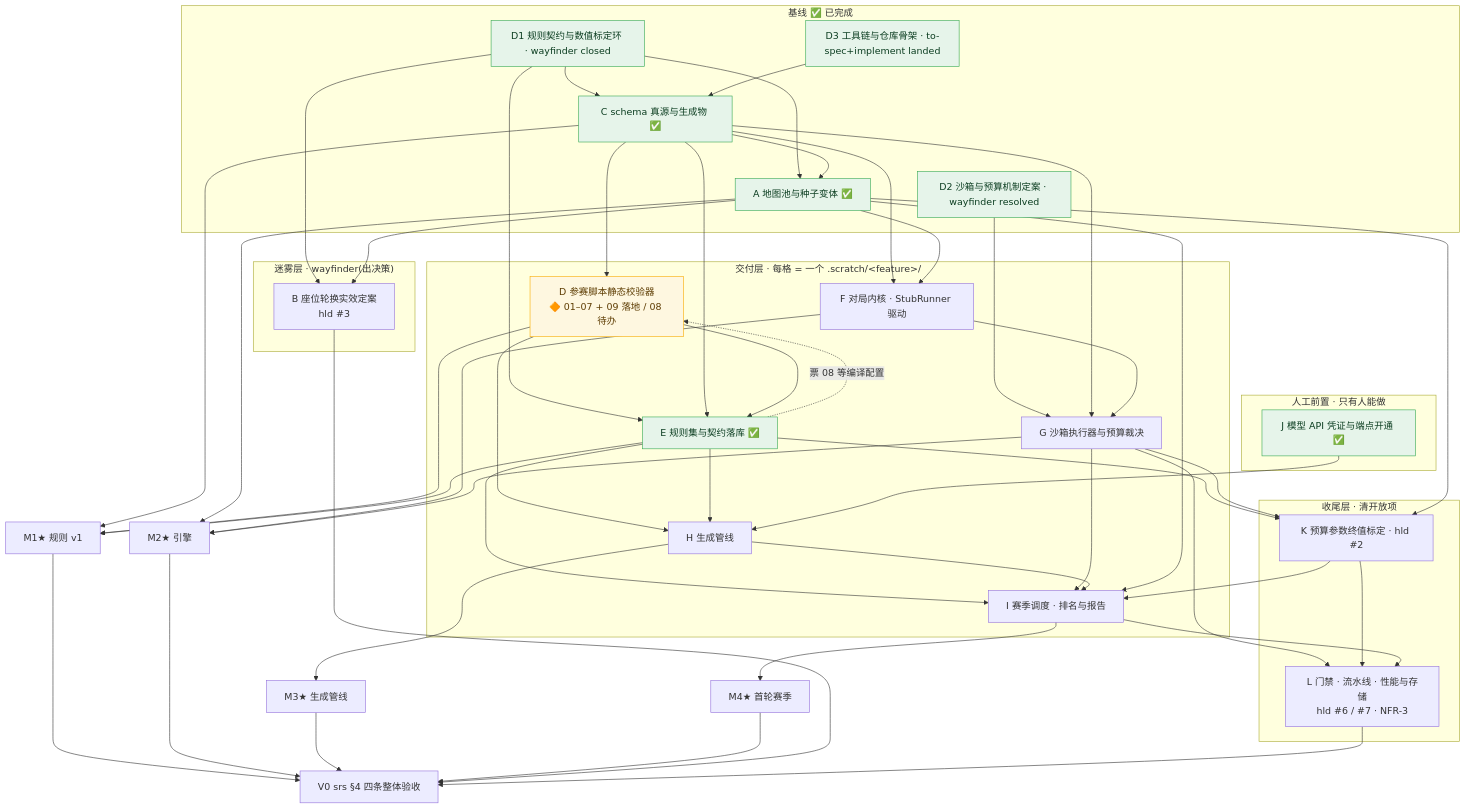
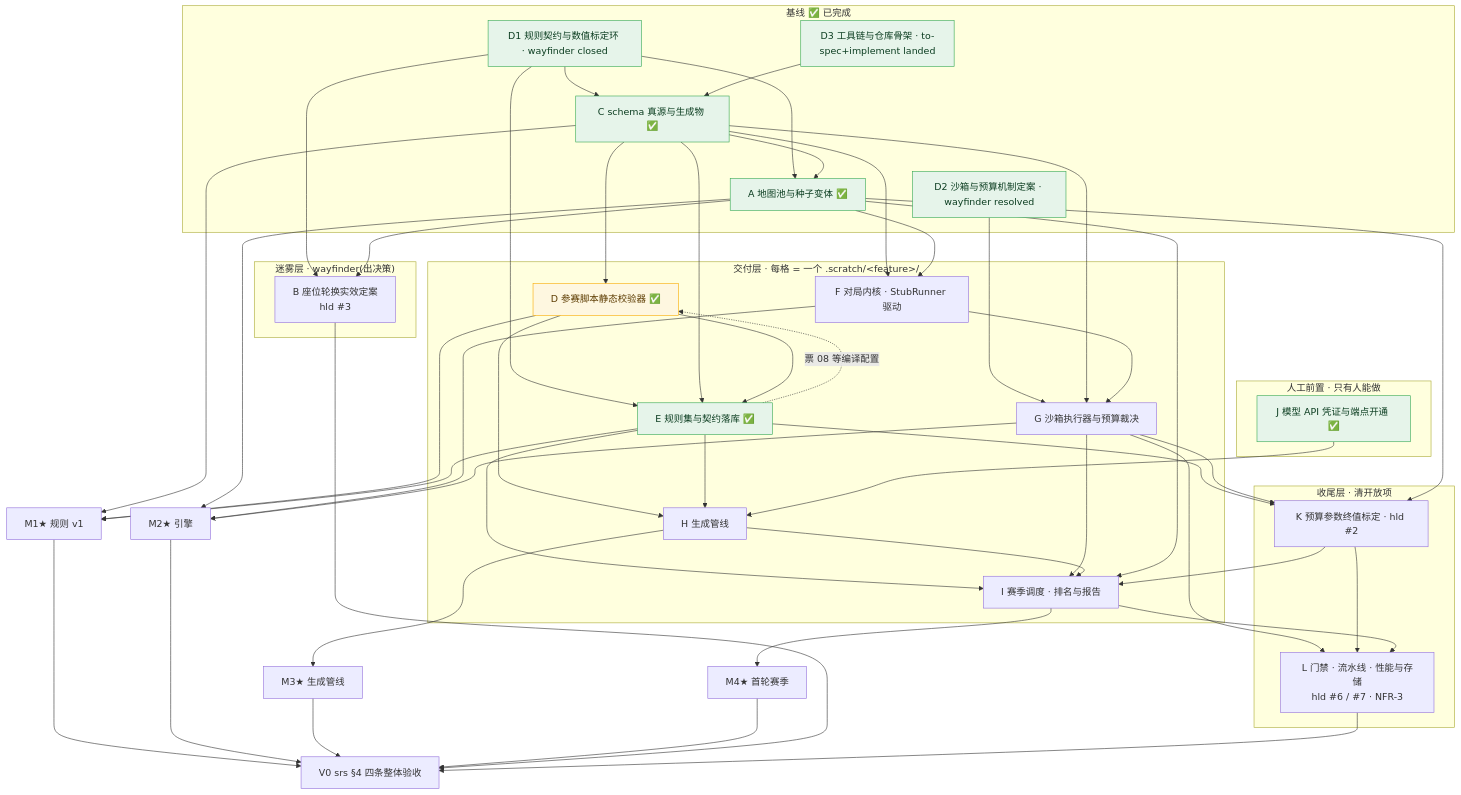
Before and after one commit to orionpax1997/model-war: the diagram in docs/diagrams/v0-milestone-dag.md, drawn with Mermaid. The commit also changed other lines of this file and 11 other files, not shown here.

```diff
--- a/docs/diagrams/v0-milestone-dag.md
+++ b/docs/diagrams/v0-milestone-dag.md
@@ -65,7 +65,7 @@
   end
 
   subgraph build["交付层 · 每格 = 一个 .scratch/&lt;feature&gt;/"]
-    D["D 参赛脚本静态校验器<br/>🔶 01–07 + 09 落地 / 08 待办"]
+    D["D 参赛脚本静态校验器 ✅"]
     E["E 规则集与契约落库 ✅"]
     F["F 对局内核 · StubRunner 驱动"]
     G["G 沙箱执行器与预算裁决"]
```
